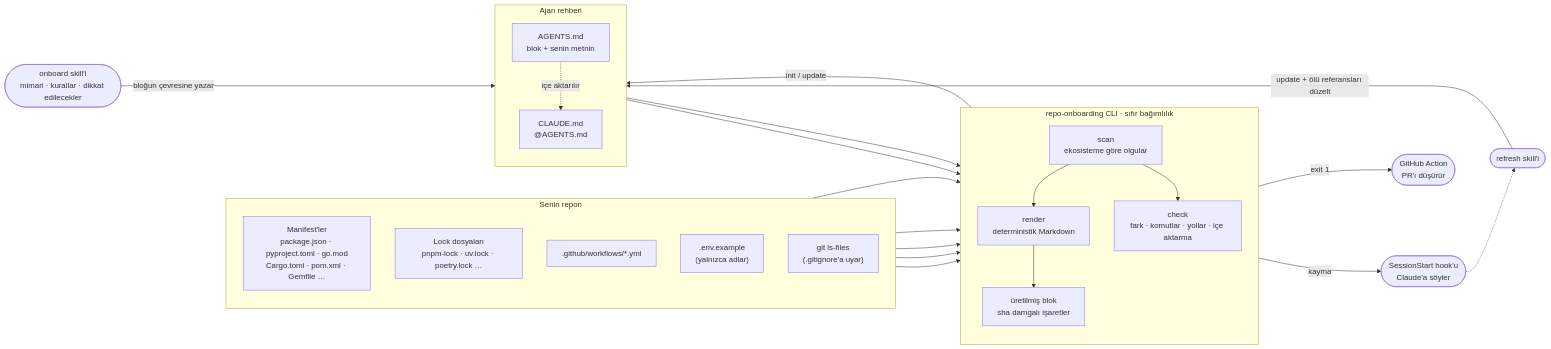
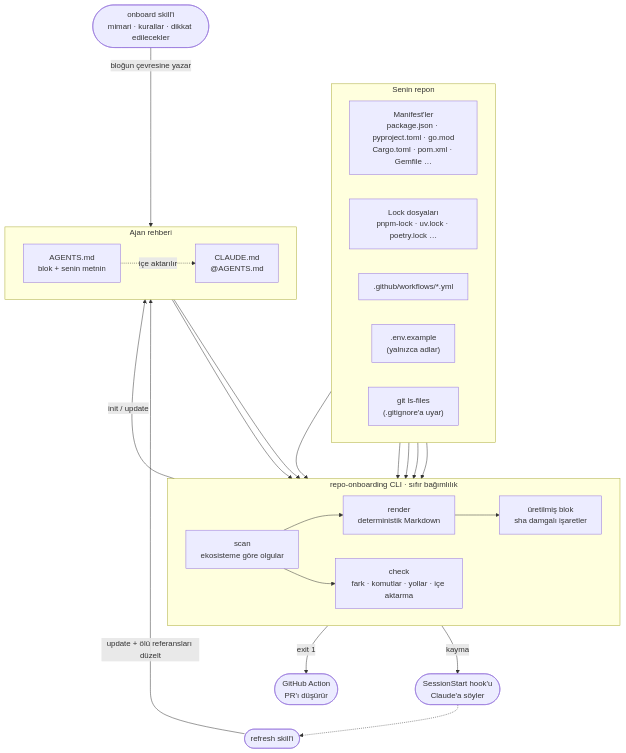
Before and after one commit to Tngc93/repo-onboarding: the diagram in README.tr.md, drawn with Mermaid. The commit also changed 1 other file, not shown here.

Commit message:
docs: lay out the Mermaid diagram top-down so it stays readable at README width
Claude-Session: https://claude.ai/code/session_01SQrhUJUzzMBpUcQDcUhcd1

````diff
--- a/README.tr.md
+++ b/README.tr.md
@@ -91,36 +91,36 @@
 ```mermaid
-flowchart LR
+flowchart TB
   subgraph repo["Senin repon"]
-    direction TB
+    direction LR
     man["Manifest'ler<br/>package.json · pyproject.toml · go.mod<br/>Cargo.toml · pom.xml · Gemfile …"]
     lock["Lock dosyaları<br/>pnpm-lock · uv.lock · poetry.lock …"]
     ci[".github/workflows/*.yml"]
     env[".env.example<br/>(yalnızca adlar)"]
     tree["git ls-files<br/>(.gitignore'a uyar)"]
   end
 
   subgraph cli["repo-onboarding CLI · sıfır bağımlılık"]
-    direction TB
+    direction LR
     scan["scan<br/>ekosisteme göre olgular"]
     render["render<br/>deterministik Markdown"]
     block["üretilmiş blok<br/>sha damgalı işaretler"]
     check["check<br/>fark · komutlar · yollar · içe aktarma"]
   end
 
   subgraph docs["Ajan rehberi"]
-    direction TB
+    direction LR
     agents["AGENTS.md<br/>blok + senin metnin"]
     claude["CLAUDE.md<br/>@AGENTS.md"]
   end
 
   man & lock & ci & env & tree --> scan --> render --> block
   block -- "init / update" --> agents
   agents -. içe aktarılır .-> claude
   skill(["onboard skill'i<br/>mimari · kurallar · dikkat edilecekler"]) -- "bloğun çevresine yazar" --> agents
   agents & claude --> check
   scan --> check
   check -- "kayma" --> hook(["SessionStart hook'u<br/>Claude'a söyler"])
   check -- "exit 1" --> action(["GitHub Action<br/>PR'ı düşürür"])
   refresh(["refresh skill'i"]) -- "update + ölü referansları düzelt" --> agents
   hook -.-> refresh
 ```
````
